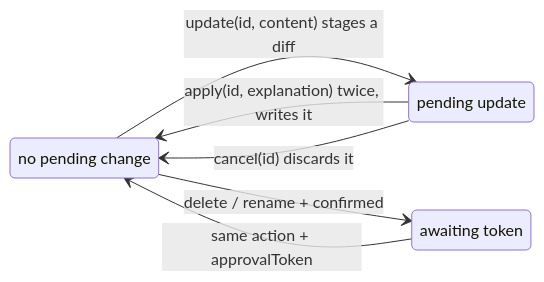
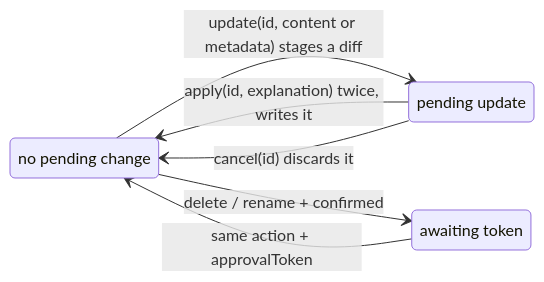
Before and after one commit to dbgso/mcp-servers: the second of 2 diagrams in packages/interactive-instruction-mcp/README.md, drawn with Mermaid. The commit also changed other lines of this file and 7 other files, not shown here.

````diff
--- a/packages/interactive-instruction-mcp/README.md
+++ b/packages/interactive-instruction-mcp/README.md
@@ -321,14 +323,14 @@
 ```mermaid
 stateDiagram-v2
     direction LR
     state "no pending change" as clean
     state "pending update" as pending
     state "awaiting token" as awaiting
 
-    clean --> pending: update(id, content) stages a diff
+    clean --> pending: update(id, content or metadata) stages a diff
     pending --> clean: apply(id, explanation) twice, writes it
     pending --> clean: cancel(id) discards it
 
     clean --> awaiting: delete / rename + confirmed
     awaiting --> clean: same action + approvalToken
 ```
````
